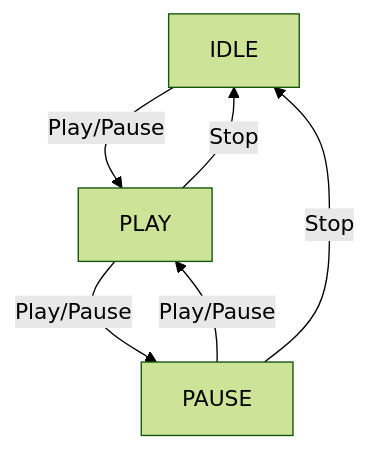
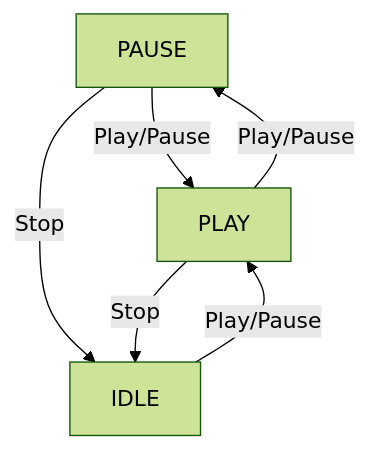
One commit to DonghoonPark12/SimpleOS changed the diagram in PATTERNS/README.md. Above: the diagram before and after it, drawn with Mermaid (forest theme).

````diff
--- a/PATTERNS/README.md
+++ b/PATTERNS/README.md
@@ -1,8 +1,9 @@
 ```mermaid
 graph TD
+    PAUSE --Play/Pause--> PLAY
+    PAUSE --Stop      --> IDLE
     IDLE  --Play/Pause--> PLAY
     PLAY  --Stop      --> IDLE
     PLAY  --Play/Pause--> PAUSE
-    PAUSE --Play/Pause--> PLAY
-    PAUSE --Stop      --> IDLE
+
 ```
````
